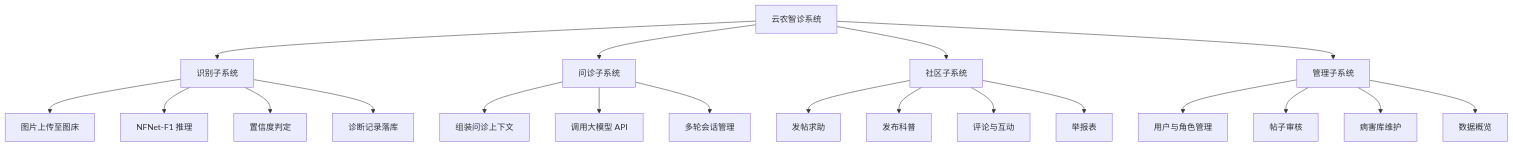
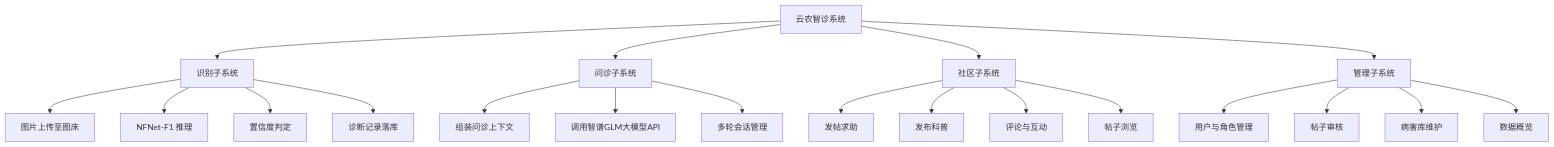
One commit to caicaiyueya/CropDoc-web- changed the first of 3 diagrams in docs/结构化需求分析报告.md. Above: the diagram before and after it, drawn with Mermaid. The commit also changed other lines of this file and 15 other files, not shown here.

````diff
--- a/docs/结构化需求分析报告.md
+++ b/docs/结构化需求分析报告.md
@@ -34,28 +60,28 @@
 ```mermaid
 flowchart TB
   SYS[云农智诊系统]
 
   SYS --> S1[识别子系统]
   SYS --> S2[问诊子系统]
   SYS --> S3[社区子系统]
   SYS --> S4[管理子系统]
 
   S1 --> S1a[图片上传至图床]
-  S1 --> S1b[NFNet-F1 推理]
+  S1 --> S1b["NFNet-F1 推理"]
   S1 --> S1c[置信度判定]
   S1 --> S1d[诊断记录落库]
 
   S2 --> S2a[组装问诊上下文]
-  S2 --> S2b[调用大模型 API]
+  S2 --> S2b[调用智谱GLM大模型API]
   S2 --> S2c[多轮会话管理]
 
   S3 --> S3a[发帖求助]
   S3 --> S3b[发布科普]
   S3 --> S3c[评论与互动]
-  S3 --> S3d[举报表]
+  S3 --> S3d[帖子浏览]
 
   S4 --> S4a[用户与角色管理]
   S4 --> S4b[帖子审核]
   S4 --> S4c[病害库维护]
   S4 --> S4d[数据概览]
 ```
````
